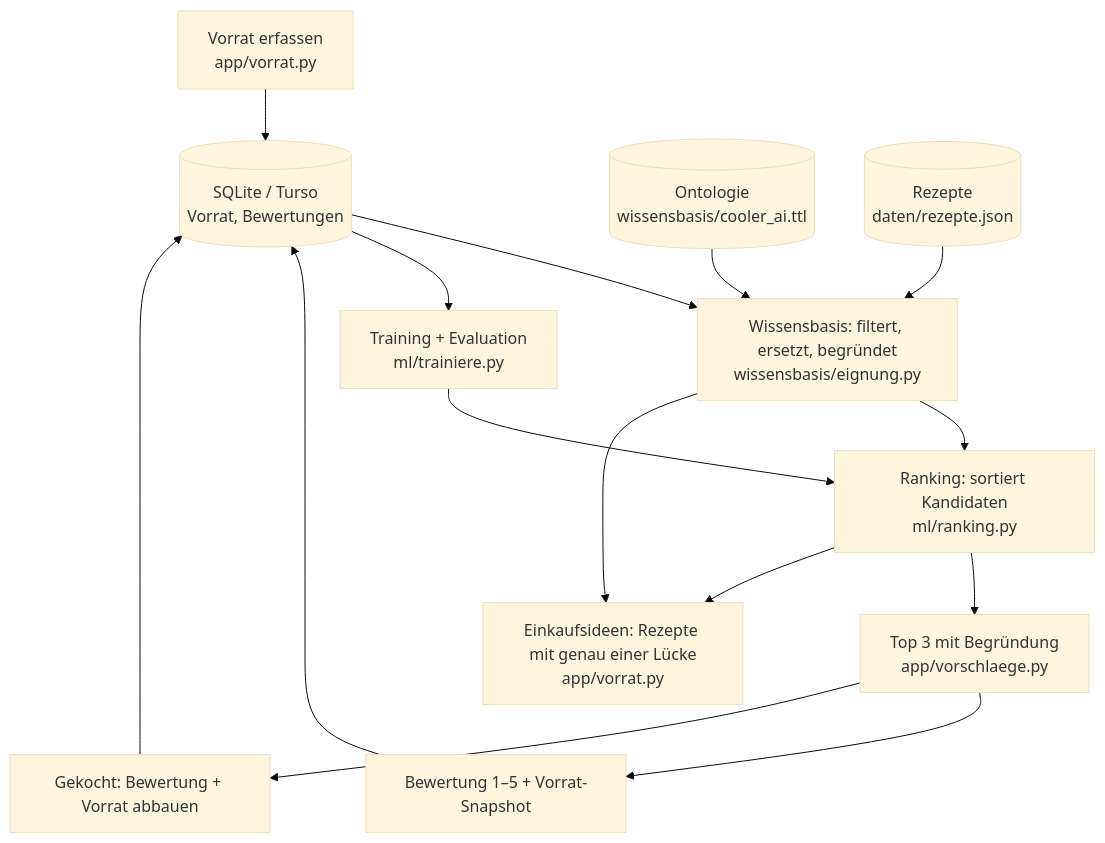
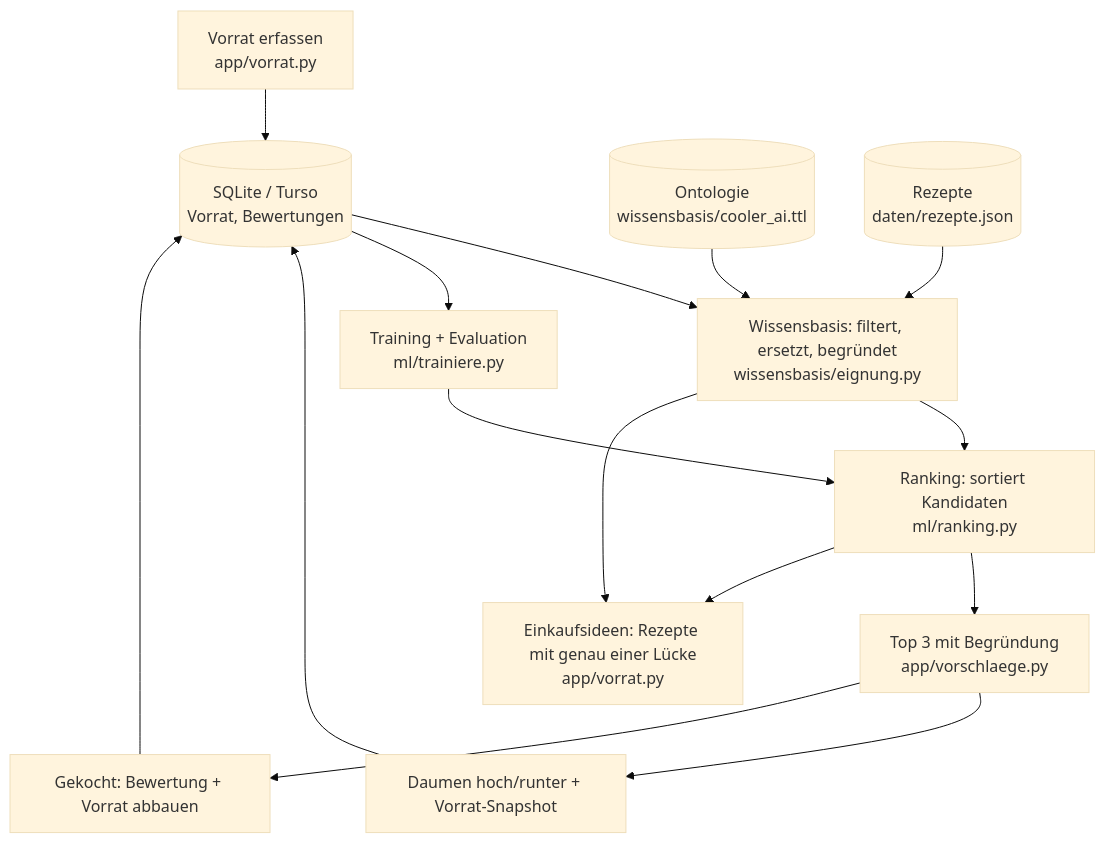
One commit to FHNWjanwolf/Cooler-AI changed the diagram in docs/architektur.md. Above: the diagram before and after it, drawn with Mermaid (base theme). The commit also changed other lines of this file and 14 other files, not shown here.

Commit message:
Startseite mit Vorrat, Daumen-Rückmeldung und Einkauf übernehmen

````diff
--- a/docs/architektur.md
+++ b/docs/architektur.md
@@ -3,17 +3,17 @@
 ```mermaid
 flowchart TD
     A[Vorrat erfassen<br>app/vorrat.py] --> B[(SQLite / Turso<br>Vorrat, Bewertungen)]
     O[(Ontologie<br>wissensbasis/cooler_ai.ttl)] --> C
     R[(Rezepte<br>daten/rezepte.json)] --> C
     B --> C[Wissensbasis: filtert, ersetzt, begründet<br>wissensbasis/eignung.py]
     C --> D[Ranking: sortiert Kandidaten<br>ml/ranking.py]
     D --> E[Top 3 mit Begründung<br>app/vorschlaege.py]
-    E --> F[Bewertung 1–5 + Vorrat-Snapshot]
+    E --> F[Daumen hoch/runter + Vorrat-Snapshot]
     E --> K[Gekocht: Bewertung + Vorrat abbauen]
     F --> B
     K --> B
     C --> H[Einkaufsideen: Rezepte mit genau einer Lücke<br>app/vorrat.py]
     D --> H
     B --> G[Training + Evaluation<br>ml/trainiere.py]
     G --> D
 ```
````
